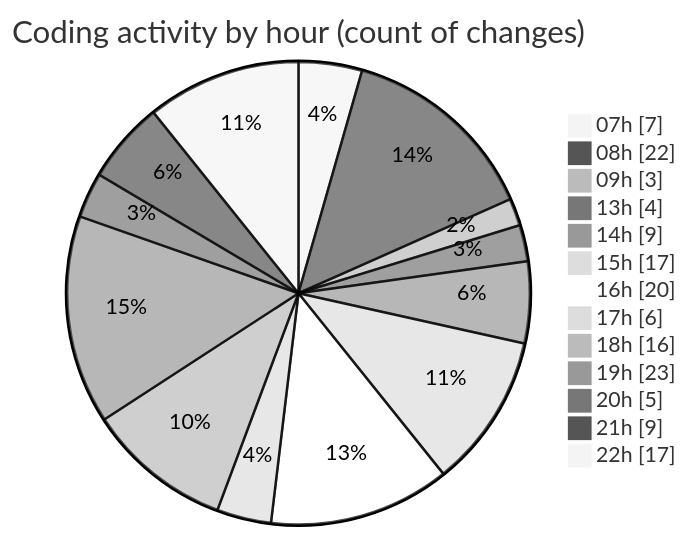
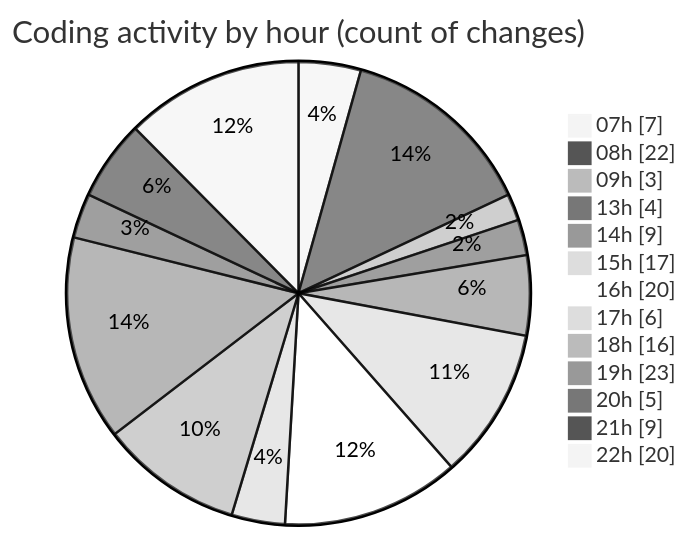
The second of 2 diagrams in 2025-05-04/niten/README.md (Elitesun/code-tracking), drawn with Mermaid (neutral theme) before and after one commit. The commit also changed other lines of this file and 1 other file, not shown here.

````diff
--- a/2025-05-04/niten/README.md
+++ b/2025-05-04/niten/README.md
@@ -73,17 +73,17 @@
 ```mermaid
 pie showData
 title Coding activity by hour (count of changes)
 "07h" : 7
 "08h" : 22
 "09h" : 3
 "13h" : 4
 "14h" : 9
 "15h" : 17
 "16h" : 20
 "17h" : 6
 "18h" : 16
 "19h" : 23
 "20h" : 5
 "21h" : 9
-"22h" : 17
+"22h" : 20
 ```
````
